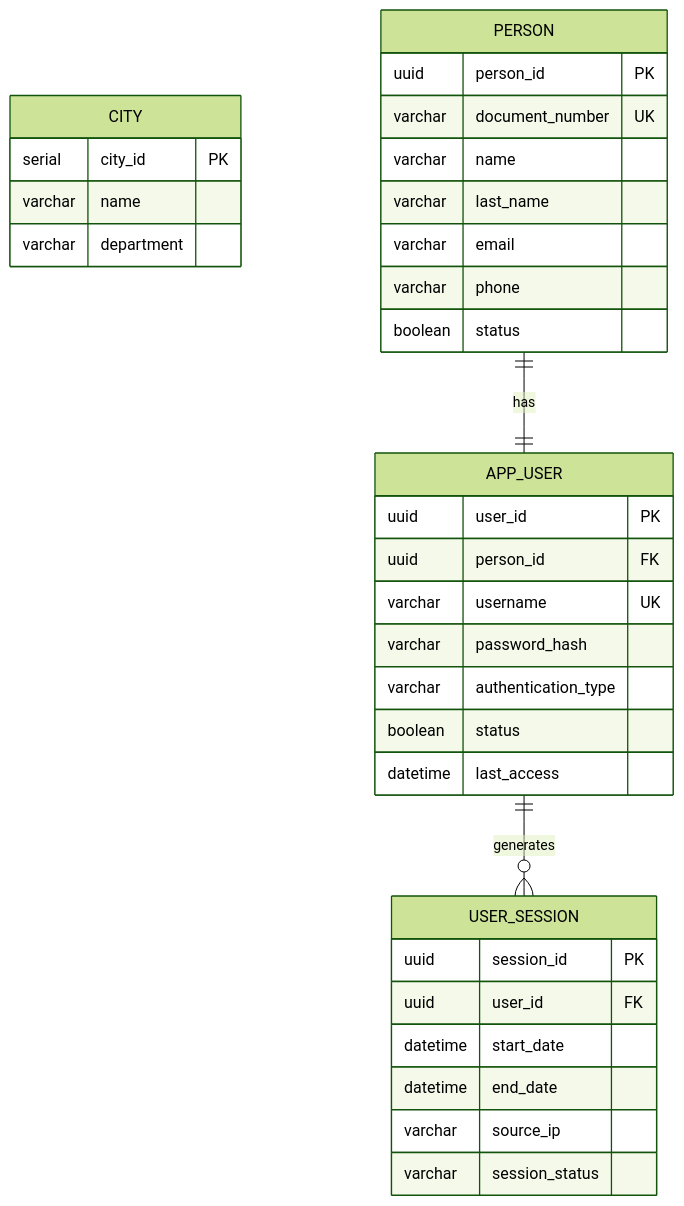
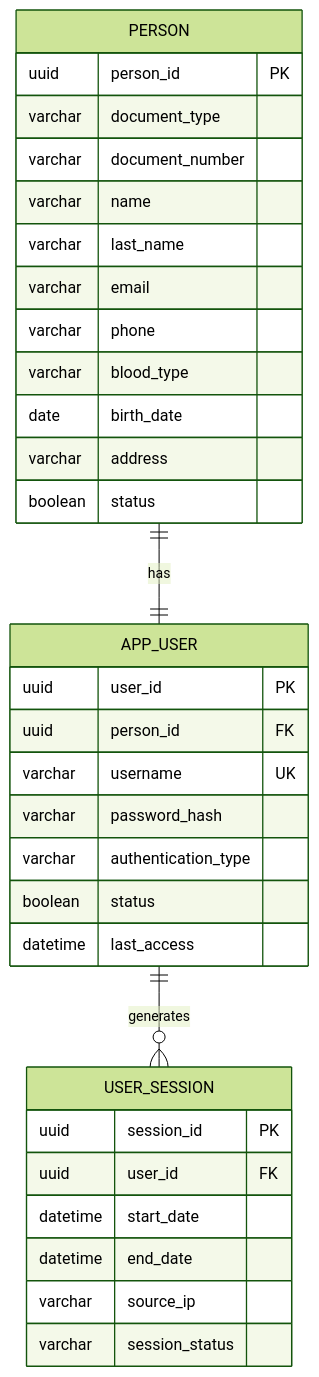
One commit to code-sena/fae-docs changed the diagram in 06-data/domains/01-identity.md. Above: the diagram before and after it, drawn with Mermaid (forest theme). The commit also changed other lines of this file and 43 other files, not shown here.

First line of the commit message:
docs(00-06): align context domain requirements architecture

````diff
--- a/06-data/domains/01-identity.md
+++ b/06-data/domains/01-identity.md
@@ -268,37 +248,36 @@
 ```mermaid
 erDiagram
-    CITY {
-        serial city_id PK
-        varchar name
-        varchar department
-    }
     PERSON {
         uuid person_id PK
-        varchar document_number UK
+        varchar document_type
+        varchar document_number
         varchar name
         varchar last_name
         varchar email
         varchar phone
+        varchar blood_type
+        date birth_date
+        varchar address
         boolean status
     }
     APP_USER {
         uuid user_id PK
         uuid person_id FK
         varchar username UK
         varchar password_hash
         varchar authentication_type
         boolean status
         datetime last_access
     }
     USER_SESSION {
         uuid session_id PK
         uuid user_id FK
         datetime start_date
         datetime end_date
         varchar source_ip
         varchar session_status
     }
 
     PERSON ||--|| APP_USER : "has"
     APP_USER ||--o{ USER_SESSION : "generates"
 ```
````
